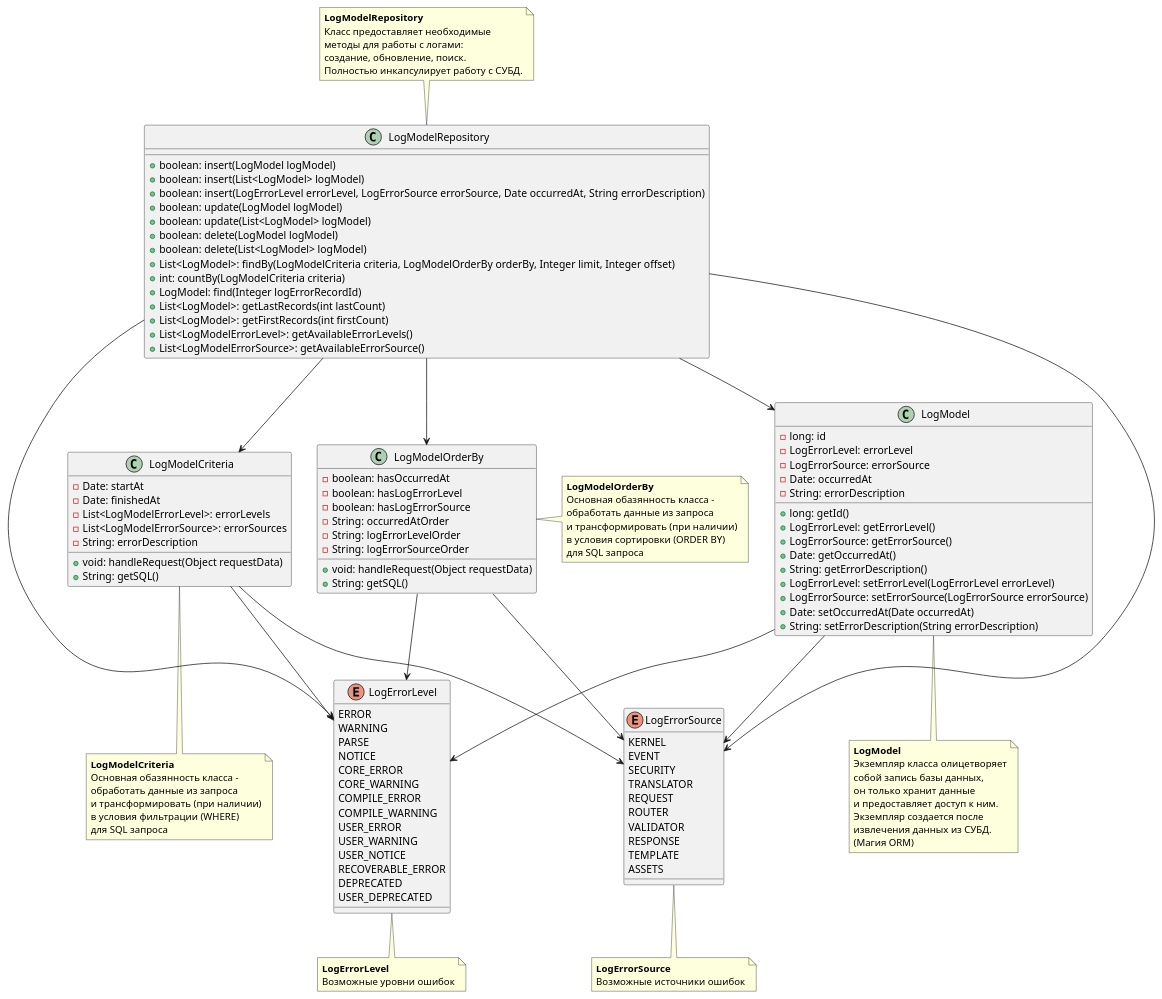
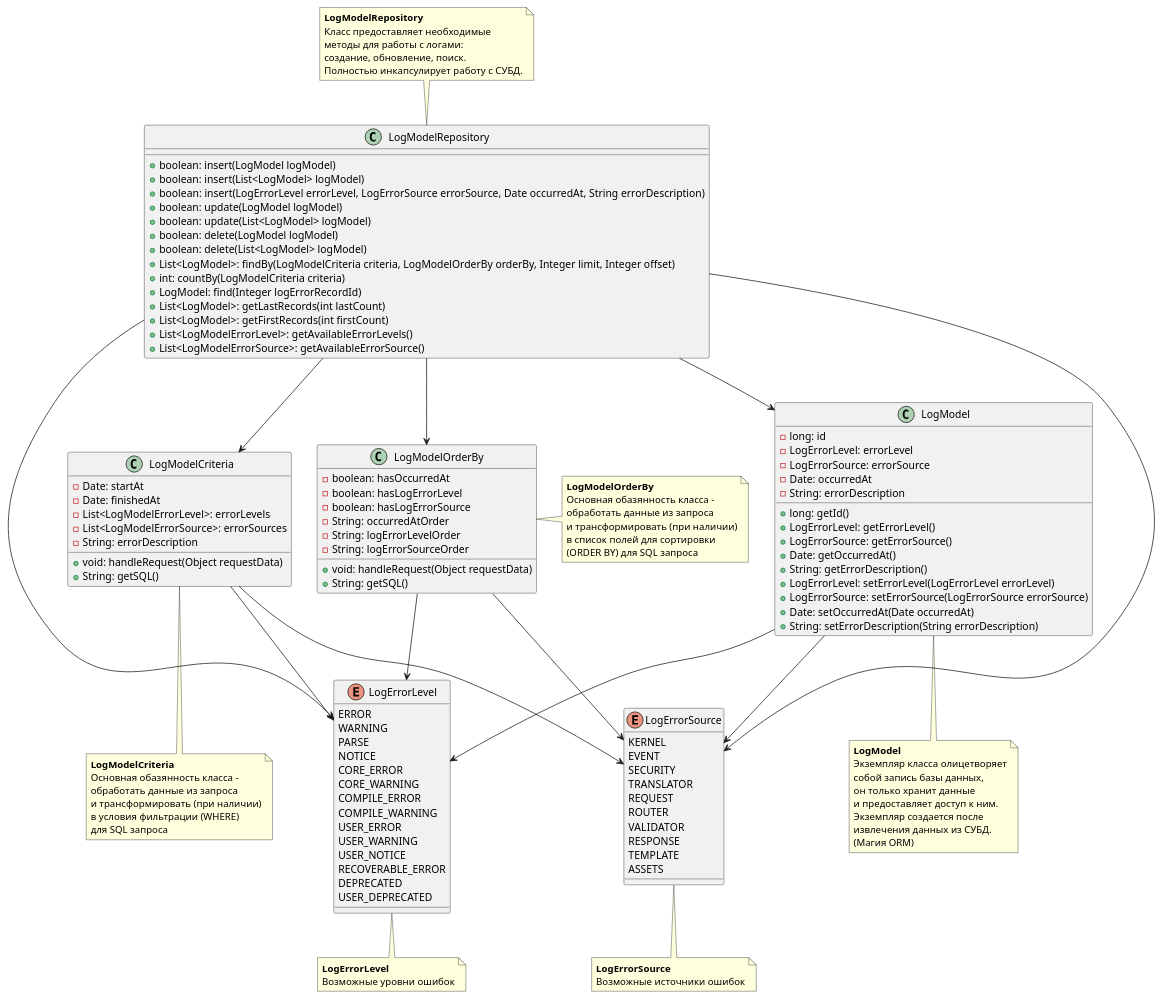
The diagram in schema.puml (khasang-incubator/JavaWeb20160124-Team1), drawn with PlantUML before and after one commit. The commit also changed 1 other file, not shown here.

```diff
--- a/schema.puml
+++ b/schema.puml
@@ -1,107 +1,107 @@
 @startuml
 
 enum LogErrorLevel {
     ERROR
     WARNING
     PARSE
     NOTICE
     CORE_ERROR
     CORE_WARNING
     COMPILE_ERROR
     COMPILE_WARNING
     USER_ERROR
     USER_WARNING
     USER_NOTICE
     RECOVERABLE_ERROR
     DEPRECATED
     USER_DEPRECATED
 }
 
 enum LogErrorSource {
     KERNEL
     EVENT
     SECURITY
     TRANSLATOR
     REQUEST
     ROUTER
     VALIDATOR
     RESPONSE
     TEMPLATE
     ASSETS
 }
 
 class LogModel {
     -long: id
     -LogErrorLevel: errorLevel
     -LogErrorSource: errorSource
     -Date: occurredAt
     -String: errorDescription
     +long: getId()
     +LogErrorLevel: getErrorLevel()
     +LogErrorSource: getErrorSource()
     +Date: getOccurredAt()
     +String: getErrorDescription()
     +LogErrorLevel: setErrorLevel(LogErrorLevel errorLevel)
     +LogErrorSource: setErrorSource(LogErrorSource errorSource)
     +Date: setOccurredAt(Date occurredAt)
     +String: setErrorDescription(String errorDescription)
 }
 
 class LogModelRepository {
     +boolean: insert(LogModel logModel)
     +boolean: insert(List<LogModel> logModel)
     +boolean: insert(LogErrorLevel errorLevel, LogErrorSource errorSource, Date occurredAt, String errorDescription)
     +boolean: update(LogModel logModel)
     +boolean: update(List<LogModel> logModel)
     +boolean: delete(LogModel logModel)
     +boolean: delete(List<LogModel> logModel)
     +List<LogModel>: findBy(LogModelCriteria criteria, LogModelOrderBy orderBy, Integer limit, Integer offset)
     +int: countBy(LogModelCriteria criteria)
     +LogModel: find(Integer logErrorRecordId)
     +List<LogModel>: getLastRecords(int lastCount)
     +List<LogModel>: getFirstRecords(int firstCount)
     +List<LogModelErrorLevel>: getAvailableErrorLevels()
     +List<LogModelErrorSource>: getAvailableErrorSource()
 }
 
 class LogModelCriteria {
     -Date: startAt
     -Date: finishedAt
     -List<LogModelErrorLevel>: errorLevels
     -List<LogModelErrorSource>: errorSources
     -String: errorDescription
     +void: handleRequest(Object requestData)
     +String: getSQL()
 }
 
 class LogModelOrderBy {
     -boolean: hasOccurredAt
     -boolean: hasLogErrorLevel
     -boolean: hasLogErrorSource
     -String: occurredAtOrder
     -String: logErrorLevelOrder
     -String: logErrorSourceOrder
     +void: handleRequest(Object requestData)
     +String: getSQL()
 }
 
 LogModelRepository --> LogErrorLevel
 LogModelRepository --> LogErrorSource
 LogModelRepository --> LogModel
 LogModelRepository --> LogModelCriteria
 LogModelRepository --> LogModelOrderBy
 LogModel --> LogErrorLevel
 LogModel --> LogErrorSource
 LogModelCriteria --> LogErrorLevel
 LogModelCriteria --> LogErrorSource
 LogModelOrderBy --> LogErrorLevel
 LogModelOrderBy --> LogErrorSource
 
 note bottom of LogModel: <b>LogModel</b>\nЭкземпляр класса олицетворяет\nсобой запись базы данных,\nон только хранит данные\nи предоставляет доступ к ним.\nЭкземпляр создается после\nизвлечения данных из СУБД.\n(Магия ORM)
 note top of LogModelRepository: <b>LogModelRepository</b>\nКласс предоставляет необходимые\nметоды для работы с логами:\nсоздание, обновление, поиск.\nПолностью инкапсулирует работу с СУБД.
 note bottom of LogModelCriteria: <b>LogModelCriteria</b>\nОсновная обазянность класса -\nобработать данные из запроса\nи трансформировать (при наличии)\nв условия фильтрации (WHERE)\nдля SQL запроса
-note right of LogModelOrderBy: <b>LogModelOrderBy</b>\nОсновная обазянность класса -\nобработать данные из запроса\nи трансформировать (при наличии)\nв условия сортировки (ORDER BY)\nдля SQL запроса
+note right of LogModelOrderBy: <b>LogModelOrderBy</b>\nОсновная обазянность класса -\nобработать данные из запроса\nи трансформировать (при наличии)\nв список полей для сортировки\n(ORDER BY) для SQL запроса
 note bottom of LogErrorLevel: <b>LogErrorLevel</b>\nВозможные уровни ошибок
 note bottom of LogErrorSource: <b>LogErrorSource</b>\nВозможные источники ошибок
 
 @enduml
```
